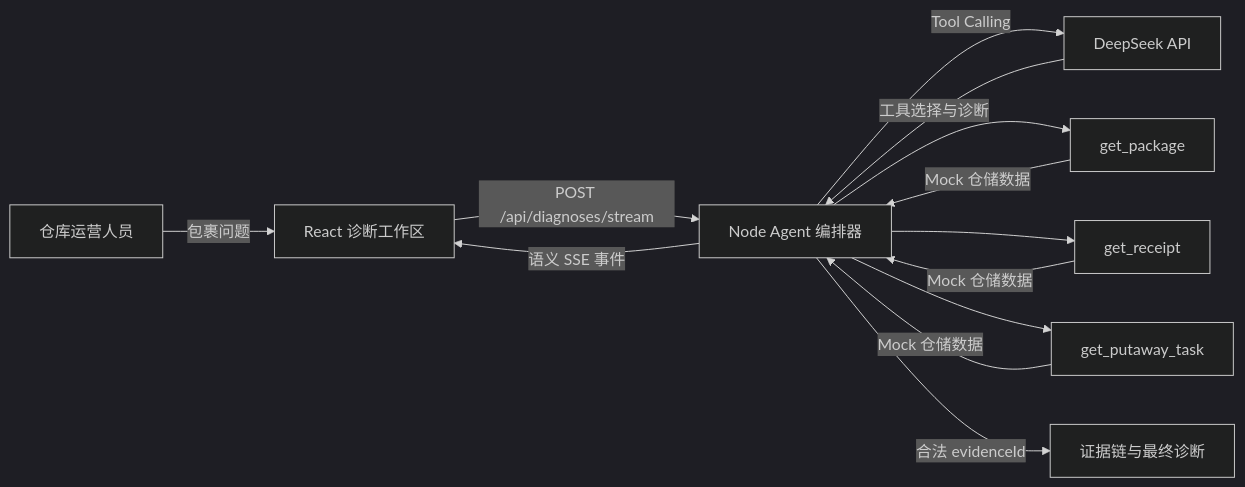
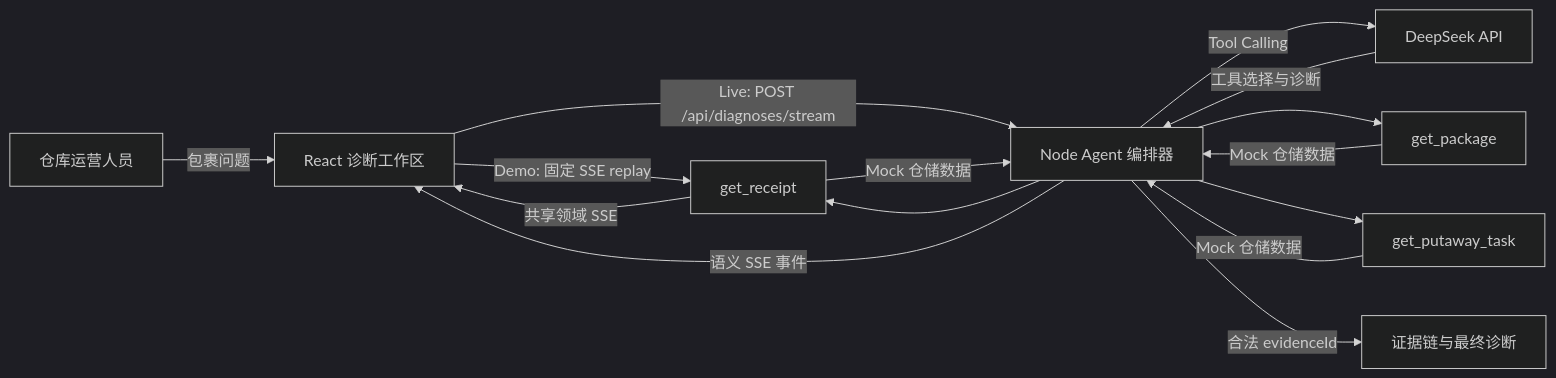
Before and after one commit to Leon-KTlan/pkg-exception-diagnosis-demo: the first of 2 diagrams in README.md, drawn with Mermaid (dark theme). The commit also changed other lines of this file and 1 other file, not shown here.

Commit message:
docs: add demo mode preview gif

````diff
--- a/README.md
+++ b/README.md
@@ -58,13 +76,15 @@
 ```mermaid
 flowchart LR
     U[仓库运营人员] -->|包裹问题| W[React 诊断工作区]
-    W -->|POST /api/diagnoses/stream| A[Node Agent 编排器]
+    W -->|Demo: 固定 SSE replay| R[Demo Replay]
+    W -->|Live: POST /api/diagnoses/stream| A[Node Agent 编排器]
+    R -->|共享领域 SSE| W
     A -->|Tool Calling| D[DeepSeek API]
     D -->|工具选择与诊断| A
     A --> P[get_package]
     A --> R[get_receipt]
     A --> T[get_putaway_task]
     P & R & T -->|Mock 仓储数据| A
     A -->|语义 SSE 事件| W
     A -->|合法 evidenceId| E[证据链与最终诊断]
 ```
````
